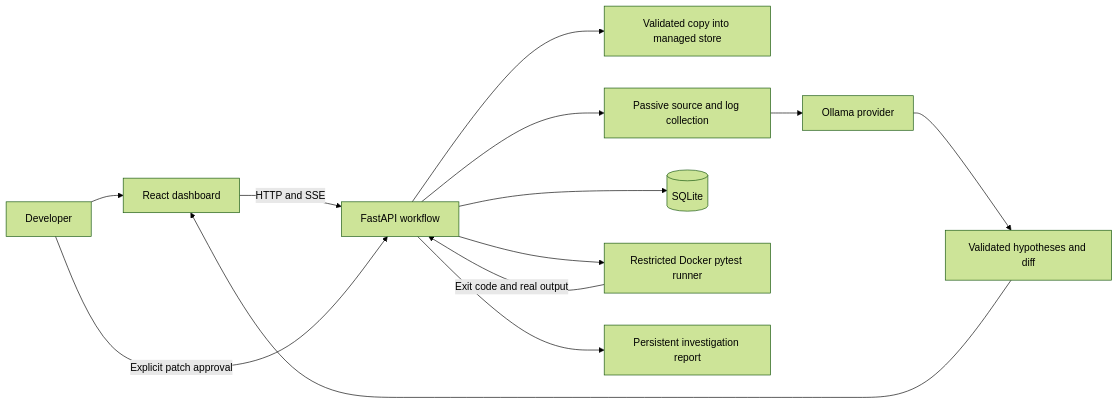
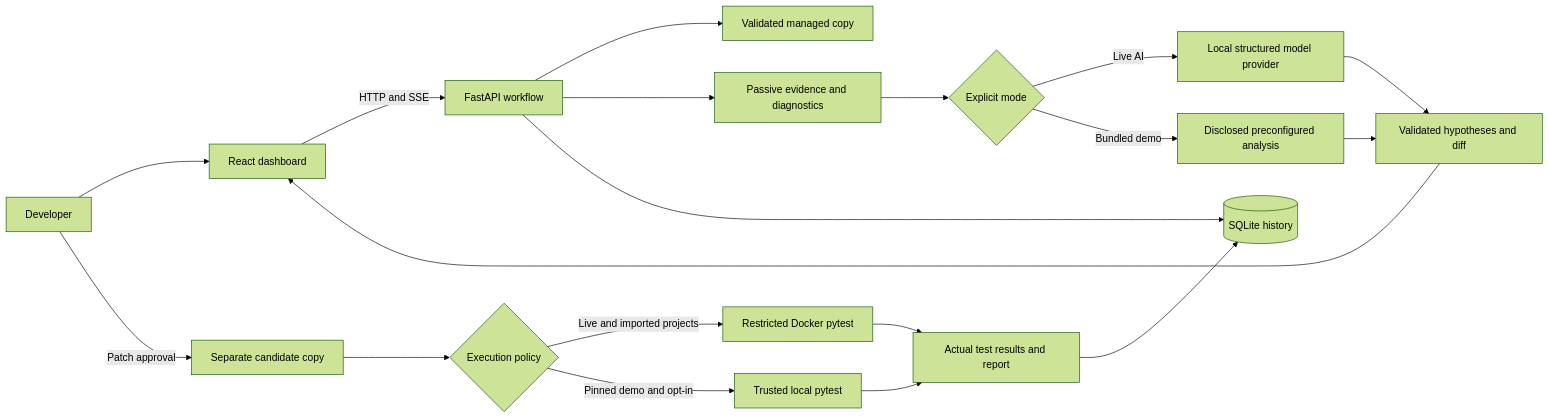
Before and after one commit to rithwikrampuram7093-eng/Hacktoberfest_-1: the diagram in docs/architecture.md, drawn with Mermaid (forest theme). The commit also changed other lines of this file and 33 other files, not shown here.

````diff
--- a/docs/architecture.md
+++ b/docs/architecture.md
@@ -9,15 +8,21 @@
 ```mermaid
 flowchart LR
-    User[Developer] --> UI[React dashboard]
+    Developer --> UI[React dashboard]
     UI -->|HTTP and SSE| API[FastAPI workflow]
-    API --> Intake[Validated copy into managed store]
-    API --> Evidence[Passive source and log collection]
-    API --> DB[(SQLite)]
-    Evidence --> AI[Ollama provider]
-    AI --> Review[Validated hypotheses and diff]
+    API --> Intake[Validated managed copy]
+    API --> Evidence[Passive evidence and diagnostics]
+    API --> DB[(SQLite history)]
+    Evidence --> Mode{Explicit mode}
+    Mode -->|Live AI| Ollama[Local structured model provider]
+    Mode -->|Bundled demo| Demo[Disclosed preconfigured analysis]
+    Ollama --> Review[Validated hypotheses and diff]
+    Demo --> Review
     Review --> UI
-    User -->|Explicit patch approval| API
-    API --> Runner[Restricted Docker pytest runner]
-    Runner -->|Exit code and real output| API
-    API --> Report[Persistent investigation report]
+    Developer -->|Patch approval| Candidate[Separate candidate copy]
+    Candidate --> Execution{Execution policy}
+    Execution -->|Live and imported projects| Docker[Restricted Docker pytest]
+    Execution -->|Pinned demo and opt-in| Local[Trusted local pytest]
+    Docker --> Results[Actual test results and report]
+    Local --> Results
+    Results --> DB
 ```
````
